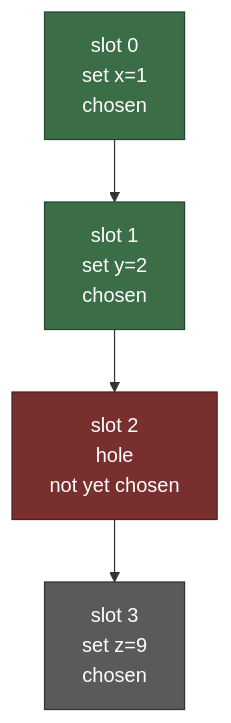
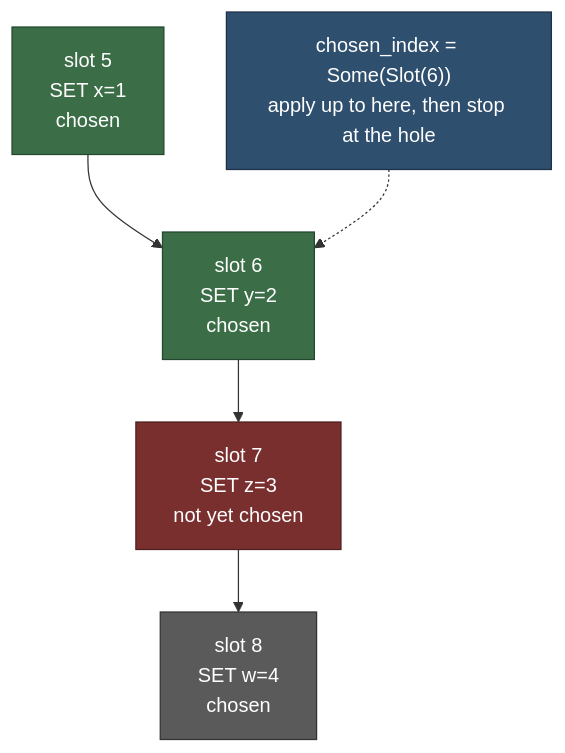
Before and after one commit to PierreZ/paros: the diagram in book/src/replicated-log.md, drawn with Mermaid. The commit also changed other lines of this file and 5 other files, not shown here.

````diff
--- a/book/src/replicated-log.md
+++ b/book/src/replicated-log.md
@@ -75,11 +75,14 @@
 ```mermaid
 flowchart TD
-    s0["slot 0<br/>set x=1<br/>chosen"]:::done
-    s1["slot 1<br/>set y=2<br/>chosen"]:::done
-    s2["slot 2<br/>hole<br/>not yet chosen"]:::gap
-    s3["slot 3<br/>set z=9<br/>chosen"]:::open
-    s0 --> s1 --> s2 --> s3
+    s5["slot 5<br/>SET x=1<br/>chosen"]:::done
+    s6["slot 6<br/>SET y=2<br/>chosen"]:::done
+    s7["slot 7<br/>SET z=3<br/>not yet chosen"]:::gap
+    s8["slot 8<br/>SET w=4<br/>chosen"]:::open
+    s5 --> s6 --> s7 --> s8
+    ci["chosen_index = Some(Slot(6))<br/>apply up to here, then stop at the hole"]:::ci
+    ci -.-> s6
     classDef done fill:#3b6e47,stroke:#244730,color:#fff
     classDef gap fill:#7a2f2f,stroke:#4d1f1f,color:#fff
     classDef open fill:#5a5a5a,stroke:#333,color:#fff
+    classDef ci fill:#2f4f6e,stroke:#1f3147,color:#fff
 ```
````
